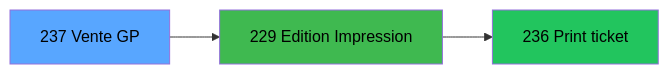
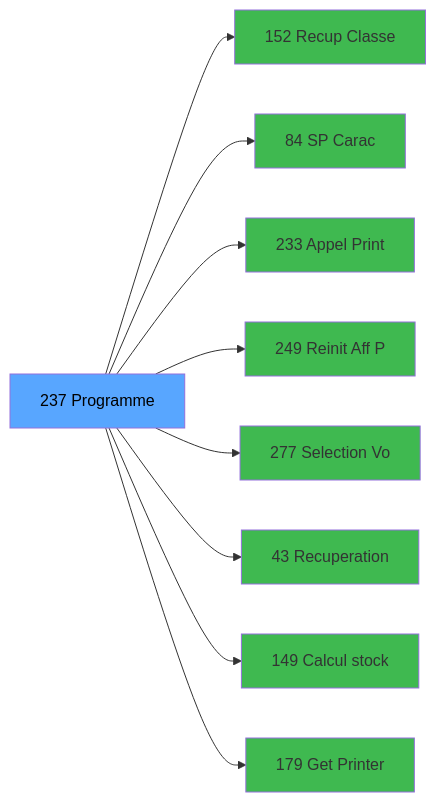
One commit to thonyAGP/lecteur-magic changed the third of 3 diagrams in .openspec/renders/ADH-IDE-237.md. Above: the diagram before and after it, drawn with Mermaid. The commit also changed other lines of this file and 325 other files, not shown here.

````diff
--- a/.openspec/renders/ADH-IDE-237.md
+++ b/.openspec/renders/ADH-IDE-237.md
@@ -225,13 +194,29 @@
 ```mermaid
 graph LR
-    T[237 Vente GP]
-    C229[229 Edition Impression]
-    C236[236 Print ticket]
-
-    T --> C229
-    C229 --> C236
-
+    T[237 Programme]
+    C152[152 Recup Classe]
+    T --> C152
+    C84[84     SP Carac]
+    T --> C84
+    C233[233 Appel Print ]
+    T --> C233
+    C249[249 Reinit Aff P]
+    T --> C249
+    C277[277 Selection Vo]
+    T --> C277
+    C43[43 Recuperation]
+    T --> C43
+    C149[149 Calcul stock]
+    T --> C149
+    C179[179 Get Printer]
+    T --> C179
     style T fill:#58a6ff,color:#000
-    style C229 fill:#3fb950,color:#000
-    style C236 fill:#22c55e,color:#000
+    style C152 fill:#3fb950
+    style C84 fill:#3fb950
+    style C233 fill:#3fb950
+    style C249 fill:#3fb950
+    style C277 fill:#3fb950
+    style C43 fill:#3fb950
+    style C149 fill:#3fb950
+    style C179 fill:#3fb950
 ```
````
